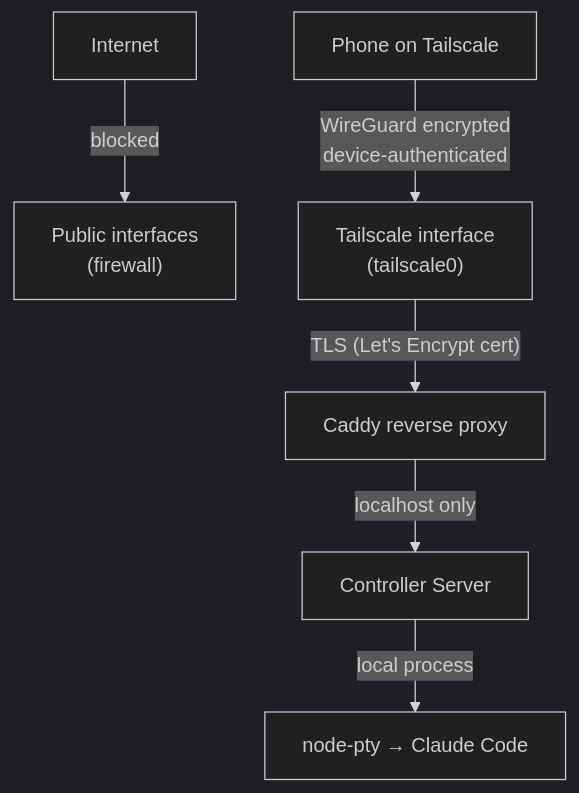
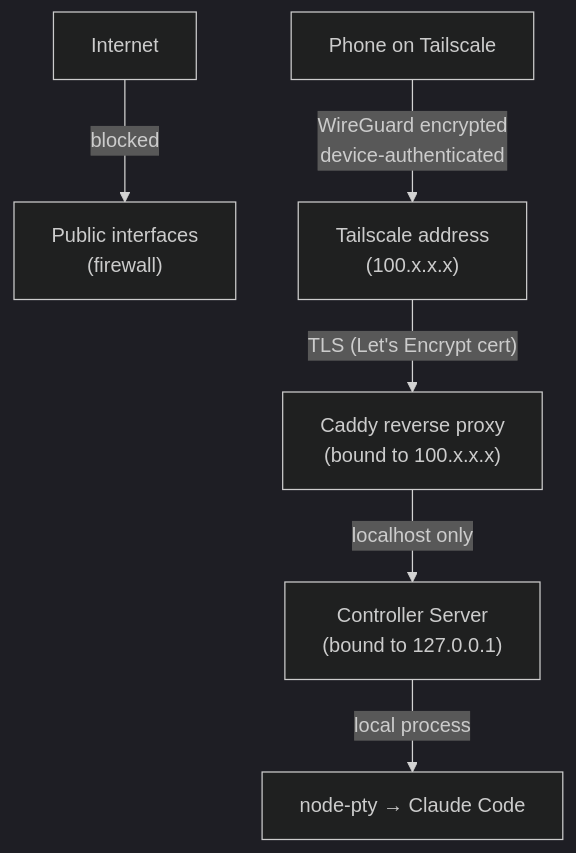
One commit to jagnani73/claude-controller changed the sixth of 6 diagrams in README.md. Above: the diagram before and after it, drawn with Mermaid (dark theme). The commit also changed other lines of this file and 26 other files, not shown here.

Commit message:
feat: tailscale + caddy + lose ends

````diff
--- a/README.md
+++ b/README.md
@@ -201,8 +360,8 @@
 ```mermaid
 graph TD
     A["Internet"] -->|"blocked"| B["Public interfaces<br>(firewall)"]
-    C["Phone on Tailscale"] -->|"WireGuard encrypted<br>device-authenticated"| D["Tailscale interface<br>(tailscale0)"]
-    D -->|"TLS (Let's Encrypt cert)"| E["Caddy reverse proxy"]
-    E -->|"localhost only"| F["Controller Server"]
+    C["Phone on Tailscale"] -->|"WireGuard encrypted<br>device-authenticated"| D["Tailscale address<br>(100.x.x.x)"]
+    D -->|"TLS (Let's Encrypt cert)"| E["Caddy reverse proxy<br>(bound to 100.x.x.x)"]
+    E -->|"localhost only"| F["Controller Server<br>(bound to 127.0.0.1)"]
     F -->|"local process"| G["node-pty → Claude Code"]
 ```
````
